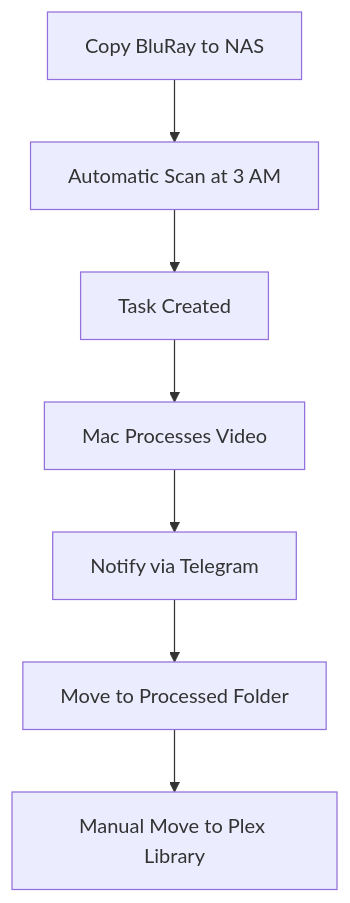
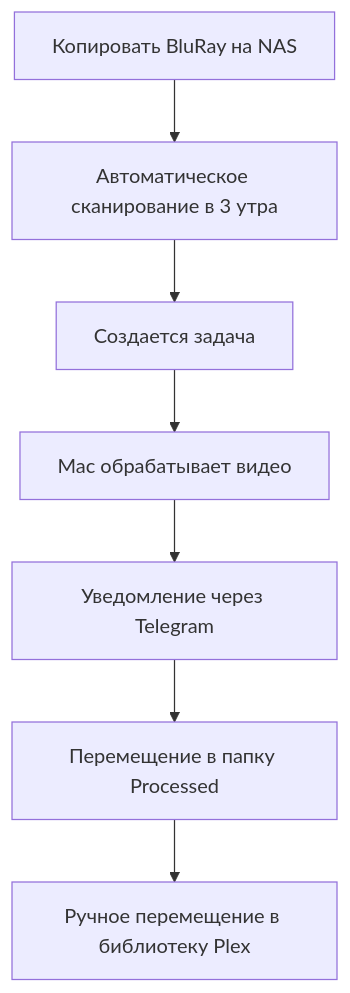
One commit to laGrave/bluray-converter changed the diagram in docs/USAGE.md. Above: the diagram before and after it, drawn with Mermaid. The commit also changed other lines of this file and 1 other file, not shown here.

````diff
--- a/docs/USAGE.md
+++ b/docs/USAGE.md
@@ -22,9 +22,9 @@
 ```mermaid
 graph TD
-    A[Copy BluRay to NAS] --> B[Automatic Scan at 3 AM]
-    B --> C[Task Created]
-    C --> D[Mac Processes Video]
-    D --> E[Notify via Telegram]
-    E --> F[Move to Processed Folder]
-    F --> G[Manual Move to Plex Library]
+    A[Копировать BluRay на NAS] --> B[Автоматическое сканирование в 3 утра]
+    B --> C[Создается задача]
+    C --> D[Mac обрабатывает видео]
+    D --> E[Уведомление через Telegram]
+    E --> F[Перемещение в папку Processed]
+    F --> G[Ручное перемещение в библиотеку Plex]
 ```
````
